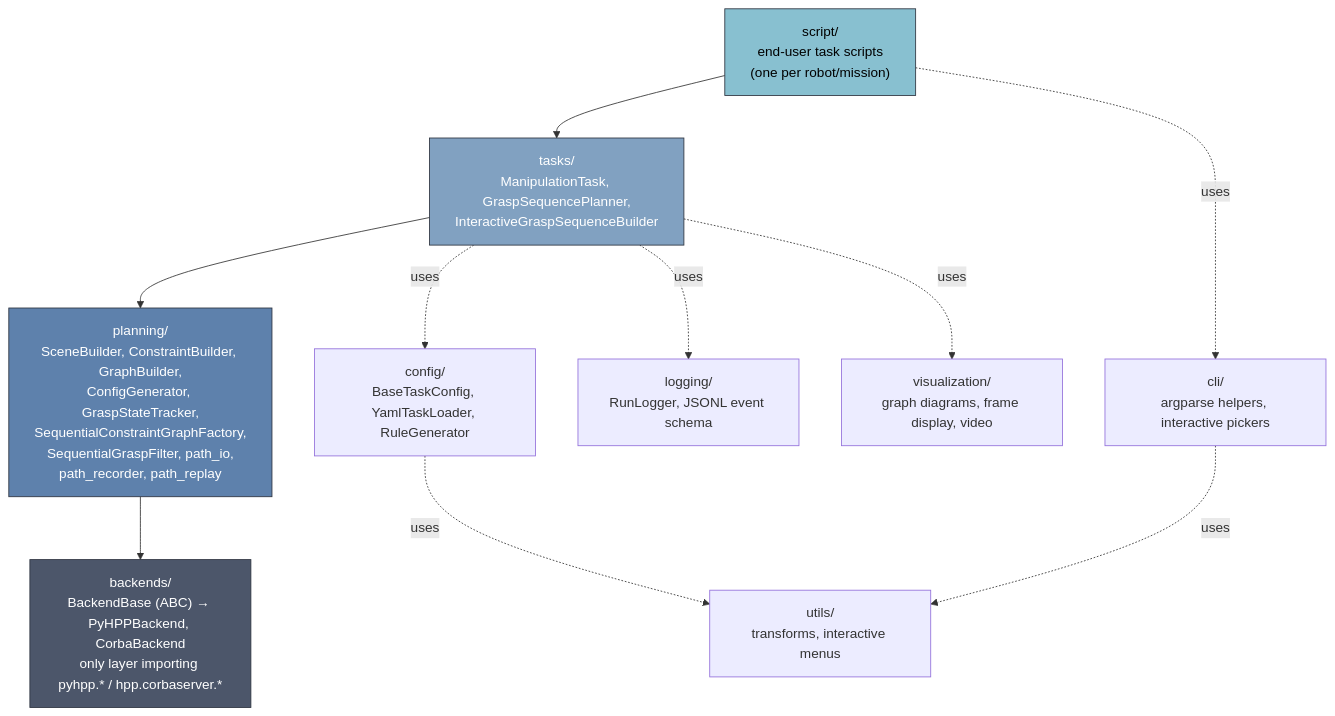
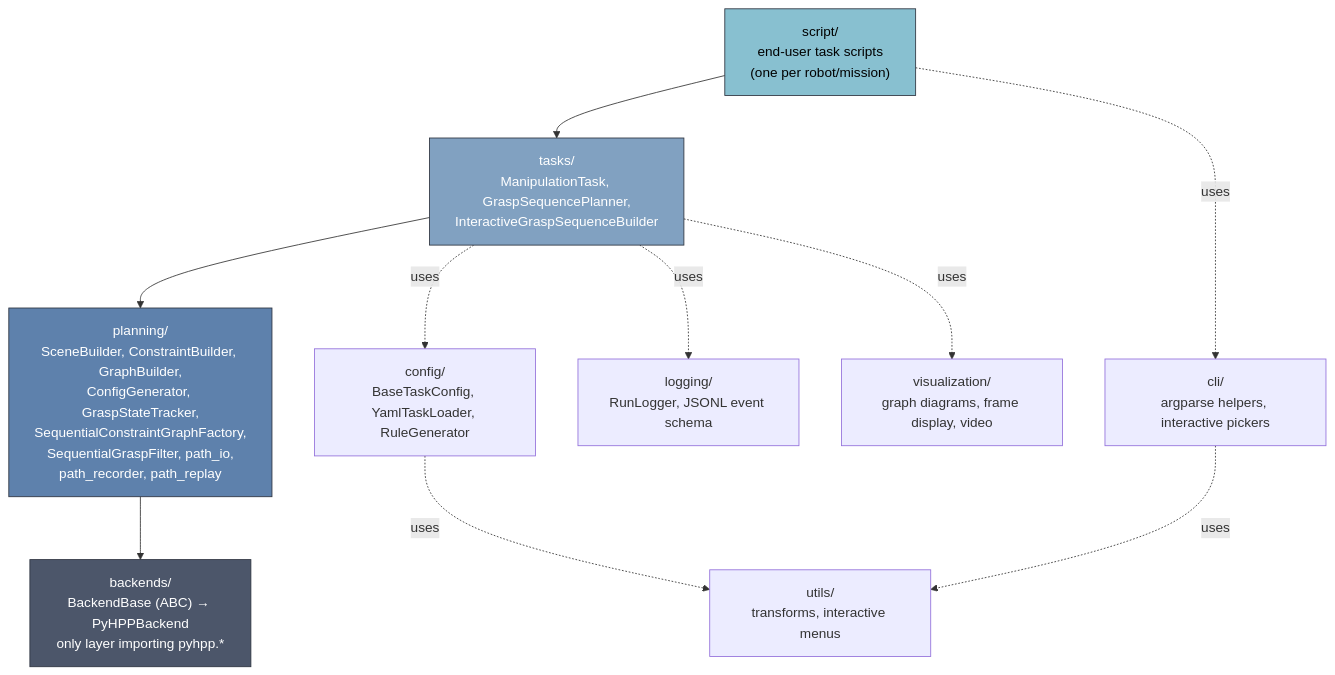
Before and after one commit to thanhndv212/long-tamp: the first of 2 diagrams in ARCHITECTURE.md, drawn with Mermaid. The commit also changed other lines of this file and 41 other files, not shown here.

````diff
--- a/ARCHITECTURE.md
+++ b/ARCHITECTURE.md
@@ -81,29 +81,29 @@
 ```mermaid
 flowchart TB
     script["script/<br/>end-user task scripts<br/>(one per robot/mission)"]
     tasks["tasks/<br/>ManipulationTask, GraspSequencePlanner,<br/>InteractiveGraspSequenceBuilder"]
     planning["planning/<br/>SceneBuilder, ConstraintBuilder, GraphBuilder,<br/>ConfigGenerator, GraspStateTracker,<br/>SequentialConstraintGraphFactory,<br/>SequentialGraspFilter, path_io,<br/>path_recorder, path_replay"]
-    backends["backends/<br/>BackendBase (ABC) → PyHPPBackend, CorbaBackend<br/>only layer importing pyhpp.* / hpp.corbaserver.*"]
+    backends["backends/<br/>BackendBase (ABC) → PyHPPBackend<br/>only layer importing pyhpp.*"]
 
     config["config/<br/>BaseTaskConfig, YamlTaskLoader, RuleGenerator"]
     logging_["logging/<br/>RunLogger, JSONL event schema"]
     viz["visualization/<br/>graph diagrams, frame display, video"]
     utils["utils/<br/>transforms, interactive menus"]
     cli["cli/<br/>argparse helpers, interactive pickers"]
 
     script --> tasks
     tasks --> planning
     planning --> backends
 
     tasks -.uses.-> config
     tasks -.uses.-> logging_
     tasks -.uses.-> viz
     script -.uses.-> cli
     cli -.uses.-> utils
     config -.uses.-> utils
 
     style backends fill:#4c566a,stroke:#2e3440,color:#fff
     style planning fill:#5e81ac,stroke:#2e3440,color:#fff
     style tasks fill:#81a1c1,stroke:#2e3440,color:#fff
     style script fill:#88c0d0,stroke:#2e3440,color:#000
 ```
````
